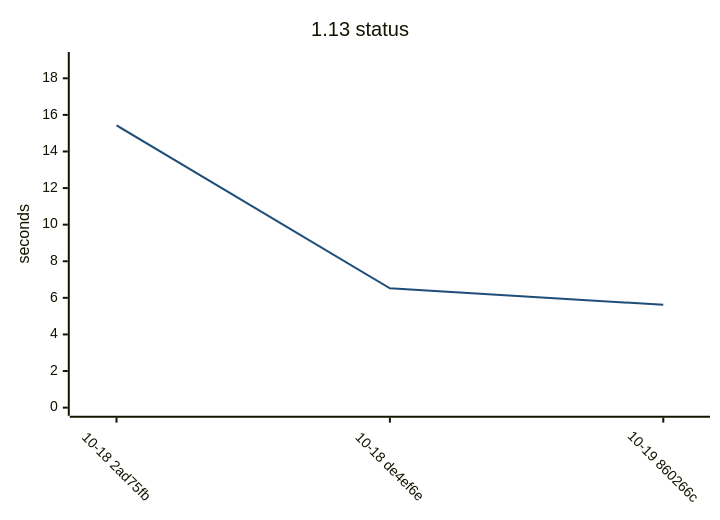
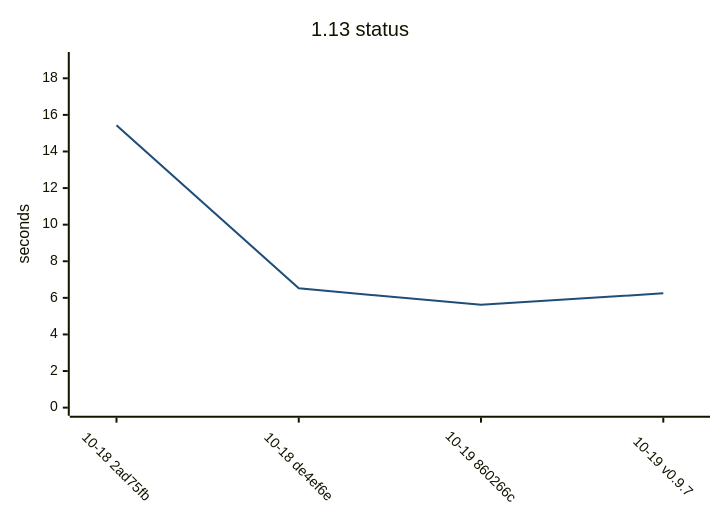
One commit to yamanori99/DistSSHQueue.jl changed the second of 15 diagrams in README.md. Above: the diagram before and after it, drawn with Mermaid. The commit also changed other lines of this file and 1 other file, not shown here.

````diff
--- a/README.md
+++ b/README.md
@@ -56,17 +56,17 @@
 ```mermaid
 ---
 config:
   theme: base
   themeVariables:
     xyChart:
       plotColorPalette: "#1f4e79"
   xyChart:
     xAxis:
       labelRotation: 45
 ---
 xychart-beta
     title "1.13 status"
-    x-axis ["10-18 2ad75fb", "10-18 de4ef6e", "10-19 860266c"]
+    x-axis ["10-18 2ad75fb", "10-18 de4ef6e", "10-19 860266c", "10-19 v0.9.7"]
     y-axis "seconds" 0 --> 19
-    line [15.43, 6.52, 5.62]
+    line [15.43, 6.52, 5.62, 6.25]
 ```
````
